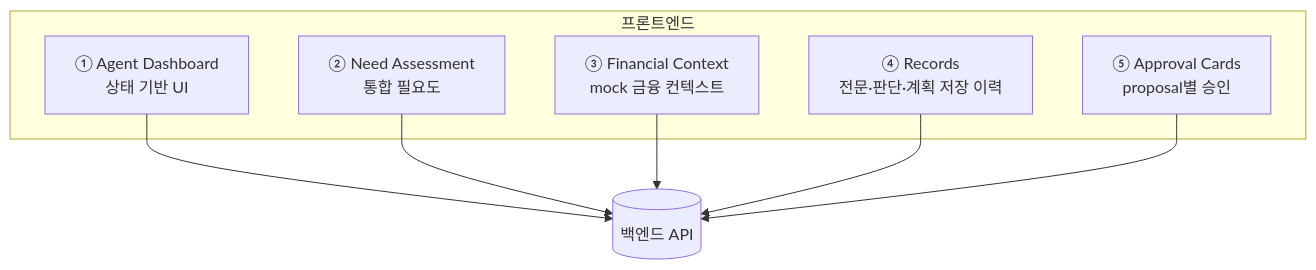
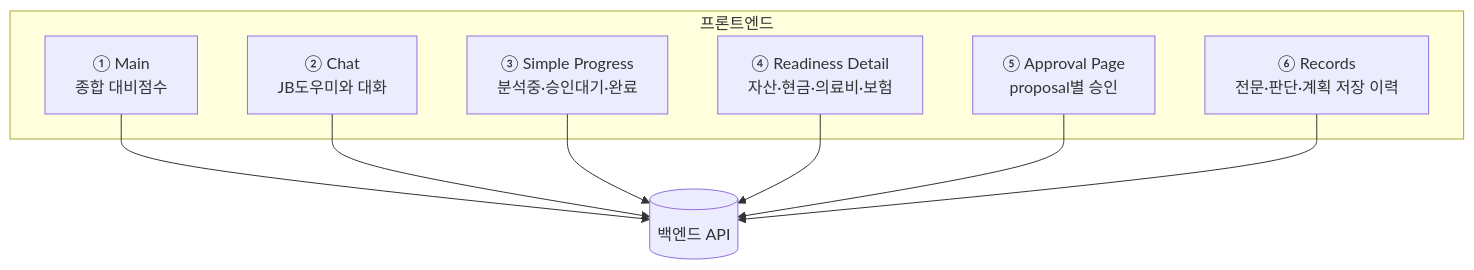
Before and after one commit to YoonMin02/JB-WM-frontend: the first of 2 diagrams in README.md, drawn with Mermaid. The commit also changed other lines of this file and 4 other files, not shown here.

````diff
--- a/README.md
+++ b/README.md
@@ -15,16 +16,18 @@
 ```mermaid
 flowchart TB
     subgraph FE["프론트엔드"]
-        DASH["① Agent Dashboard<br/>상태 기반 UI"]
-        NEED["② Need Assessment<br/>통합 필요도"]
-        DATA["③ Financial Context<br/>mock 금융 컨텍스트"]
-        RECORD["④ Records<br/>전문·판단·계획 저장 이력"]
-        APPROVE["⑤ Approval Cards<br/>proposal별 승인"]
+        MAIN["① Main<br/>종합 대비점수"]
+        CHAT["② Chat<br/>JB도우미와 대화"]
+        STATUS["③ Simple Progress<br/>분석중·승인대기·완료"]
+        DETAIL["④ Readiness Detail<br/>자산·현금·의료비·보험"]
+        APPROVE["⑤ Approval Page<br/>proposal별 승인"]
+        RECORD["⑥ Records<br/>전문·판단·계획 저장 이력"]
     end
     BE[(백엔드 API)]
-    DASH --> BE
-    NEED --> BE
-    DATA --> BE
+    MAIN --> BE
+    CHAT --> BE
+    STATUS --> BE
+    DETAIL --> BE
+    APPROVE --> BE
     RECORD --> BE
-    APPROVE --> BE
 ```
````
